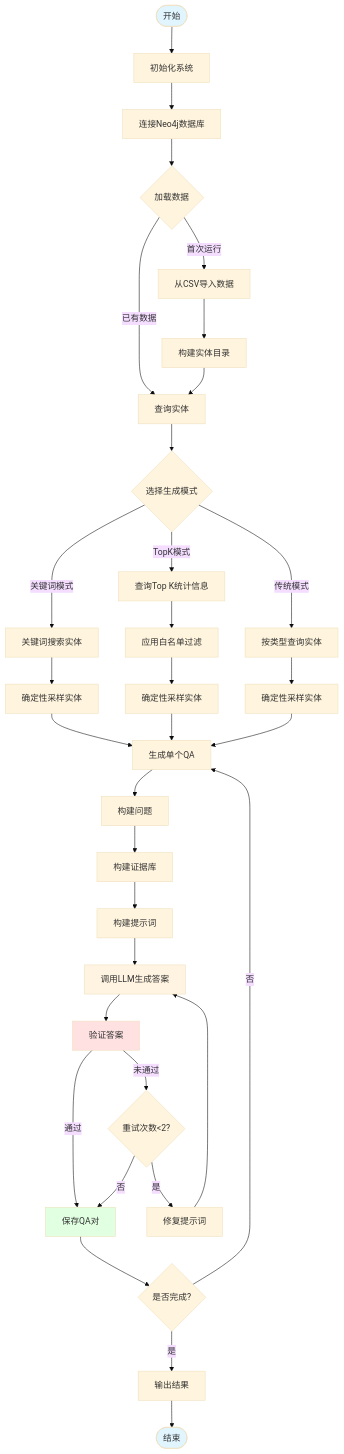
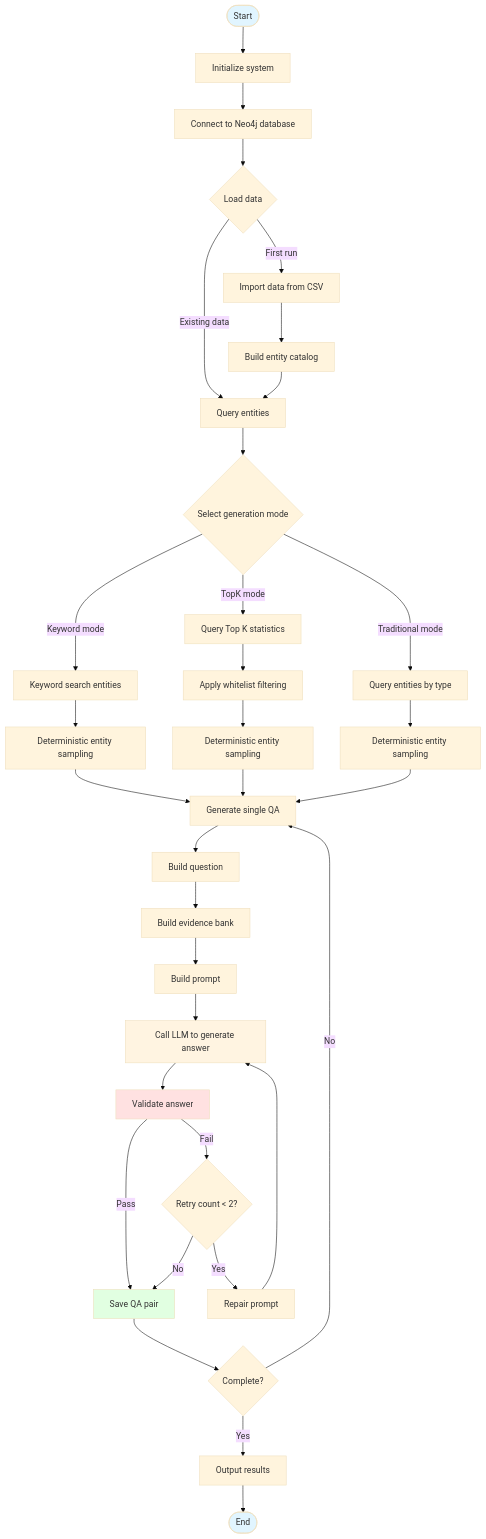
The second of 7 diagrams in pipelines/kg_synthesis/README.md (JackKuo666/QALoop), drawn with Mermaid (base theme) before and after one commit. The commit also changed other lines of this file and 25 other files, not shown here.

````diff
--- a/pipelines/kg_synthesis/README.md
+++ b/pipelines/kg_synthesis/README.md
@@ -338,47 +338,47 @@
 ```mermaid
 graph TB
-    Start([开始]) --> Init[初始化系统]
-    Init --> Connect[连接Neo4j数据库]
-    Connect --> Load{加载数据}
-    Load -->|首次运行| Import[从CSV导入数据]
-    Load -->|已有数据| Query[查询实体]
-    Import --> BuildCatalog[构建实体目录]
+    Start([Start]) --> Init[Initialize system]
+    Init --> Connect[Connect to Neo4j database]
+    Connect --> Load{Load data}
+    Load -->|First run| Import[Import data from CSV]
+    Load -->|Existing data| Query[Query entities]
+    Import --> BuildCatalog[Build entity catalog]
     BuildCatalog --> Query
     
-    Query --> Mode{选择生成模式}
-    Mode -->|关键词模式| Keyword[关键词搜索实体]
-    Mode -->|TopK模式| TopK[查询Top K统计信息]
-    Mode -->|传统模式| Type[按类型查询实体]
+    Query --> Mode{Select generation mode}
+    Mode -->|Keyword mode| Keyword[Keyword search entities]
+    Mode -->|TopK mode| TopK[Query Top K statistics]
+    Mode -->|Traditional mode| Type[Query entities by type]
     
-    Keyword --> Sample1[确定性采样实体]
-    TopK --> Filter[应用白名单过滤]
-    Filter --> Sample2[确定性采样实体]
-    Type --> Sample3[确定性采样实体]
+    Keyword --> Sample1[Deterministic entity sampling]
+    TopK --> Filter[Apply whitelist filtering]
+    Filter --> Sample2[Deterministic entity sampling]
+    Type --> Sample3[Deterministic entity sampling]
     
-    Sample1 --> Generate[生成单个QA]
+    Sample1 --> Generate[Generate single QA]
     Sample2 --> Generate
     Sample3 --> Generate
     
-    Generate --> BuildQ[构建问题]
-    BuildQ --> BuildEv[构建证据库]
-    BuildEv --> BuildPrompt[构建提示词]
-    BuildPrompt --> LLM[调用LLM生成答案]
+    Generate --> BuildQ[Build question]
+    BuildQ --> BuildEv[Build evidence bank]
+    BuildEv --> BuildPrompt[Build prompt]
+    BuildPrompt --> LLM[Call LLM to generate answer]
     
-    LLM --> Validate[验证答案]
-    Validate -->|通过| Save[保存QA对]
-    Validate -->|未通过| Retry{重试次数<2?}
-    Retry -->|是| Repair[修复提示词]
+    LLM --> Validate[Validate answer]
+    Validate -->|Pass| Save[Save QA pair]
+    Validate -->|Fail| Retry{Retry count < 2?}
+    Retry -->|Yes| Repair[Repair prompt]
     Repair --> LLM
-    Retry -->|否| Save
+    Retry -->|No| Save
     
-    Save --> Check{是否完成?}
-    Check -->|否| Generate
-    Check -->|是| Output[输出结果]
-    Output --> End([结束])
+    Save --> Check{Complete?}
+    Check -->|No| Generate
+    Check -->|Yes| Output[Output results]
+    Output --> End([End])
     
     style Start fill:#e1f5ff
     style End fill:#e1f5ff
     style LLM fill:#fff4e1
     style Validate fill:#ffe1e1
     style Save fill:#e1ffe1
 ```
````
